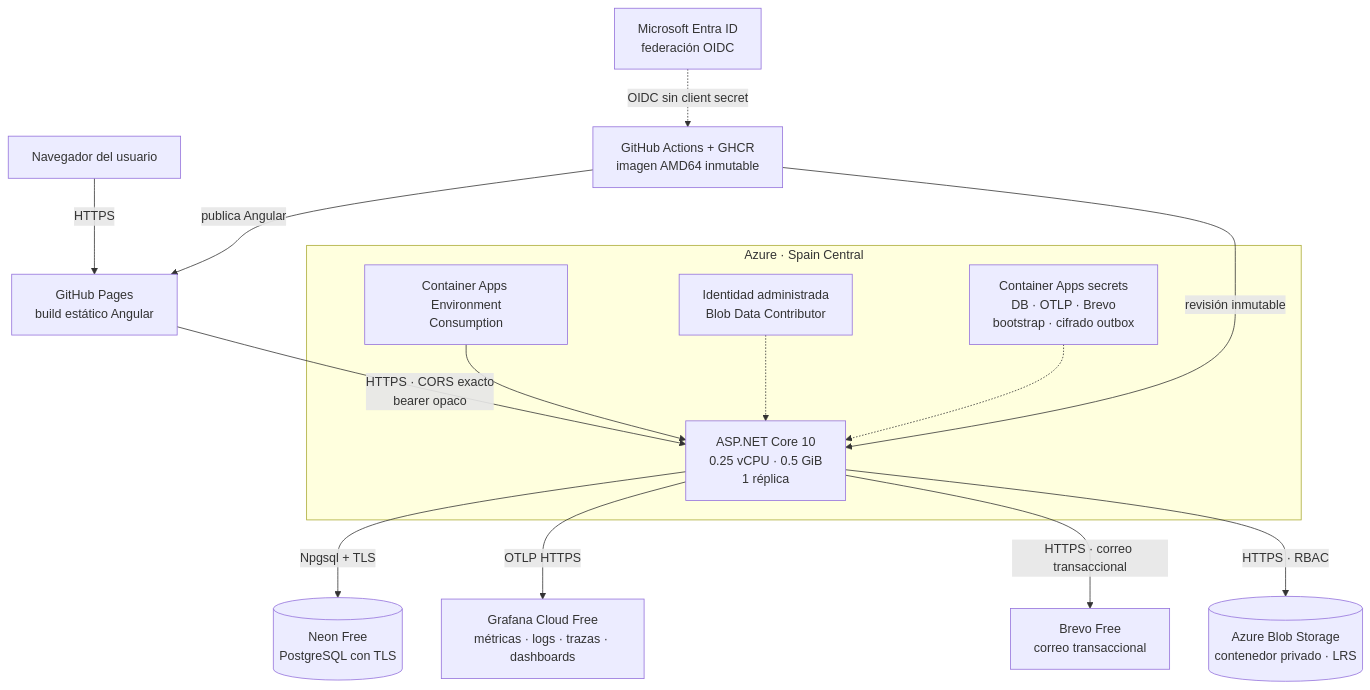
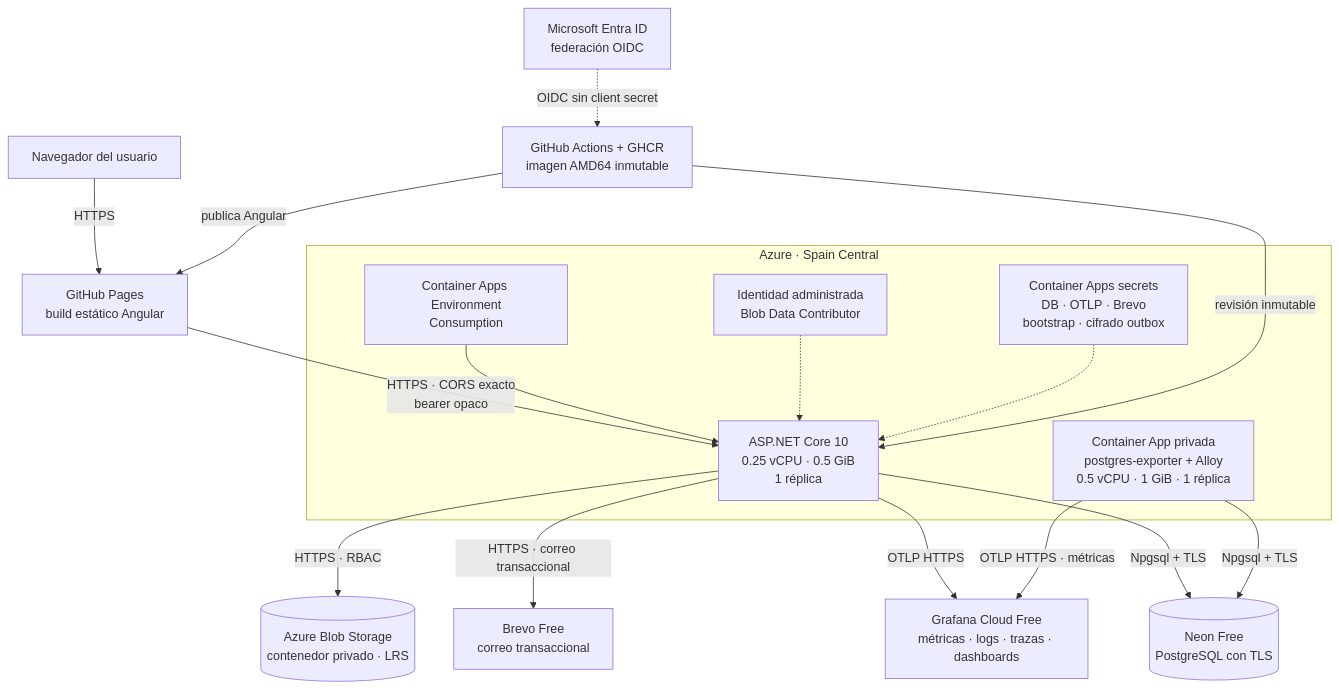
One commit to PeterBFoo/dnd-campaign-manager changed the second of 2 diagrams in docs/architecture/diagrama-de-despliegue.md. Above: the diagram before and after it, drawn with Mermaid. The commit also changed other lines of this file and 23 other files, not shown here.

````diff
--- a/docs/architecture/diagrama-de-despliegue.md
+++ b/docs/architecture/diagrama-de-despliegue.md
@@ -92,31 +94,34 @@
 ```mermaid
 flowchart TB
     user["Navegador del usuario"]
     github["GitHub Actions + GHCR<br/>imagen AMD64 inmutable"]
     pages["GitHub Pages<br/>build estático Angular"]
     entra["Microsoft Entra ID<br/>federación OIDC"]
     neon[("Neon Free<br/>PostgreSQL con TLS")]
     grafana["Grafana Cloud Free<br/>métricas · logs · trazas · dashboards"]
     brevo["Brevo Free<br/>correo transaccional"]
     blob[("Azure Blob Storage<br/>contenedor privado · LRS")]
 
     subgraph azure["Azure · Spain Central"]
         environment["Container Apps Environment<br/>Consumption"]
         api_prod["ASP.NET Core 10<br/>0.25 vCPU · 0.5 GiB<br/>1 réplica"]
+        postgres_obs["Container App privada<br/>postgres-exporter + Alloy<br/>0.5 vCPU · 1 GiB · 1 réplica"]
         identity["Identidad administrada<br/>Blob Data Contributor"]
         secrets["Container Apps secrets<br/>DB · OTLP · Brevo<br/>bootstrap · cifrado outbox"]
     end
 
     user -->|"HTTPS"| pages
     pages -->|"HTTPS · CORS exacto<br/>bearer opaco"| api_prod
     environment --> api_prod
     api_prod -->|"Npgsql + TLS"| neon
     api_prod -->|"OTLP HTTPS"| grafana
+    postgres_obs -->|"Npgsql + TLS"| neon
+    postgres_obs -->|"OTLP HTTPS · métricas"| grafana
     api_prod -->|"HTTPS · correo transaccional"| brevo
     api_prod -->|"HTTPS · RBAC"| blob
     identity -.-> api_prod
     secrets -.-> api_prod
     github -->|"publica Angular"| pages
     github -->|"revisión inmutable"| api_prod
     entra -.->|"OIDC sin client secret"| github
 ```
````
